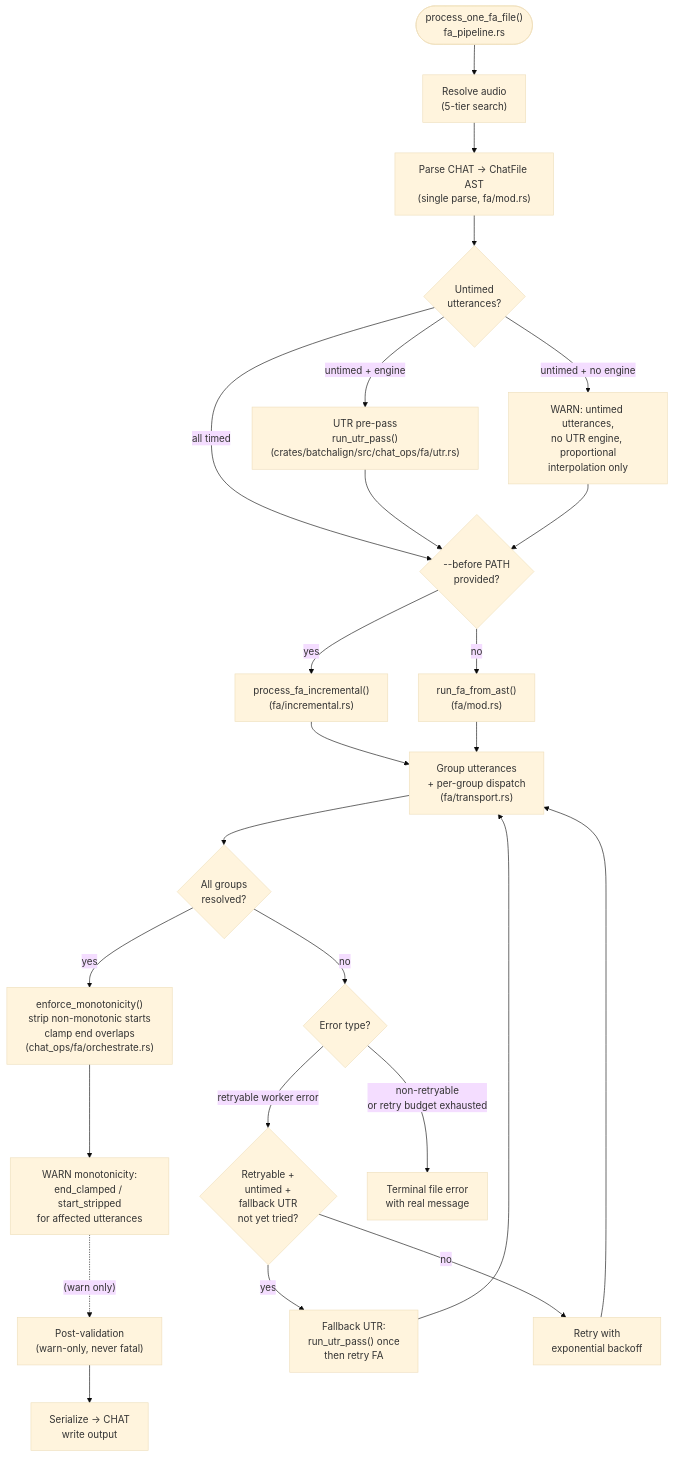
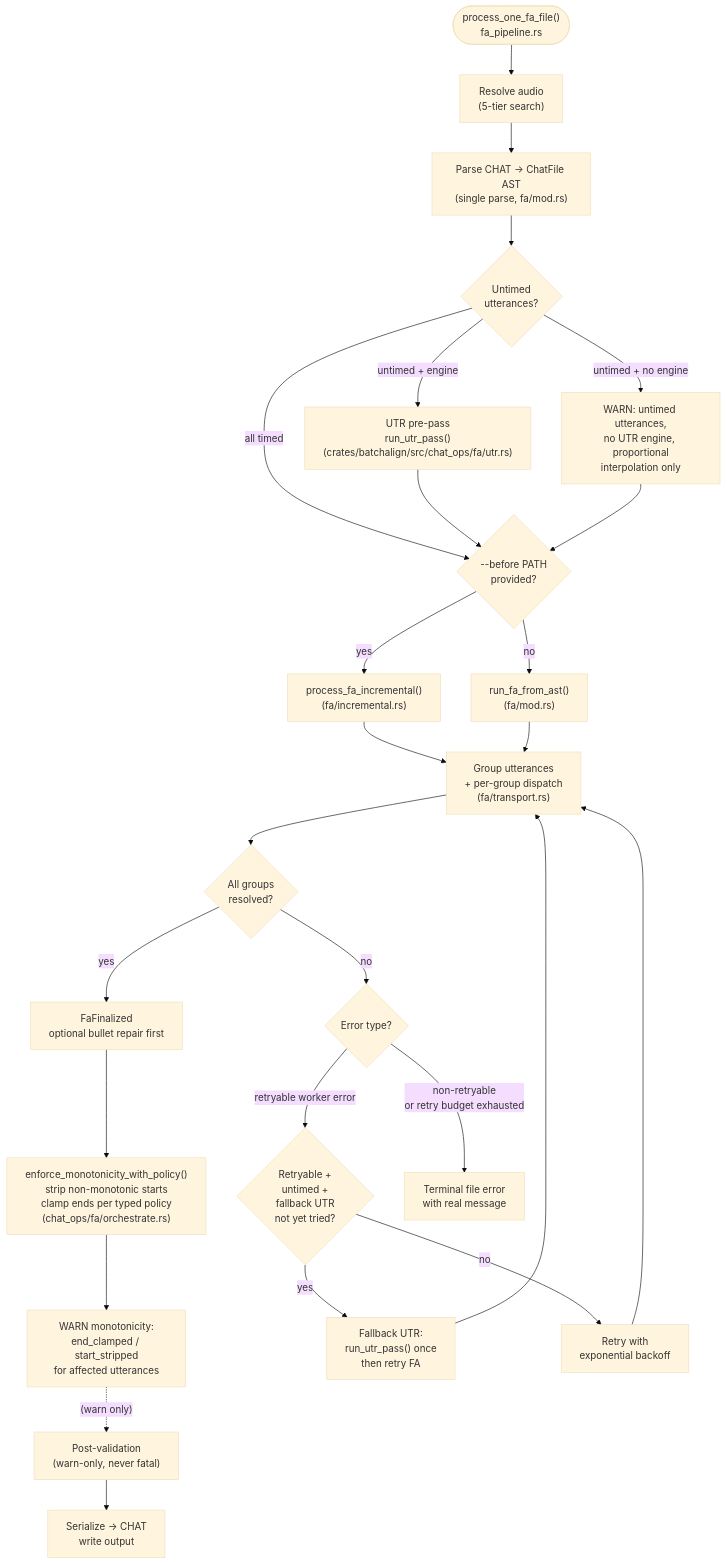
The seventh of 13 diagrams in book/src/batchalign/reference/forced-alignment.md (TalkBank/talkbank-tools), drawn with Mermaid (base theme) before and after one commit. The commit also changed other lines of this file and 84 other files, not shown here.

````diff
--- a/book/src/batchalign/reference/forced-alignment.md
+++ b/book/src/batchalign/reference/forced-alignment.md
@@ -408,38 +417,39 @@
 ```mermaid
 flowchart TD
     start(["process_one_fa_file()\nfa_pipeline.rs"])
     media["Resolve audio\n(5-tier search)"]
     parse["Parse CHAT → ChatFile AST\n(single parse, fa/mod.rs)"]
     utr_check{"Untimed\nutterances?"}
     utr_run["UTR pre-pass\nrun_utr_pass()\n(crates/batchalign/src/chat_ops/fa/utr.rs)"]
     utr_warn["WARN: untimed utterances,\nno UTR engine, proportional\ninterpolation only"]
     incremental{"--before PATH\nprovided?"}
     fa_full["run_fa_from_ast()\n(fa/mod.rs)"]
     fa_inc["process_fa_incremental()\n(fa/incremental.rs)"]
     fa_groups["Group utterances\n+ per-group dispatch\n(fa/transport.rs)"]
     fa_ok{"All groups\nresolved?"}
-    mono["enforce_monotonicity()\nstrip non-monotonic starts\nclamp end overlaps\n(chat_ops/fa/orchestrate.rs)"]
+    finalize["FaFinalized\noptional bullet repair first"]
+    mono["enforce_monotonicity_with_policy()\nstrip non-monotonic starts\nclamp ends per typed policy\n(chat_ops/fa/orchestrate.rs)"]
     mono_warn["WARN monotonicity:\nend_clamped / start_stripped\nfor affected utterances"]
     post_val["Post-validation\n(warn-only, never fatal)"]
     out["Serialize → CHAT\nwrite output"]
     fa_err{"Error type?"}
     utr_fallback{"Retryable +\nuntimed +\nfallback UTR\nnot yet tried?"}
     utr_fb["Fallback UTR:\nrun_utr_pass() once\nthen retry FA"]
     backoff["Retry with\nexponential backoff"]
     terminal["Terminal file error\nwith real message"]
 
     start --> media --> parse --> utr_check
     utr_check -->|"all timed"| incremental
     utr_check -->|"untimed + engine"| utr_run --> incremental
     utr_check -->|"untimed + no engine"| utr_warn --> incremental
     incremental -->|"yes"| fa_inc --> fa_groups
     incremental -->|"no"| fa_full --> fa_groups
     fa_groups --> fa_ok
-    fa_ok -->|"yes"| mono
+    fa_ok -->|"yes"| finalize --> mono
     mono --> mono_warn -.->|"(warn only)"| post_val --> out
     fa_ok -->|"no"| fa_err
     fa_err -->|"retryable worker error"| utr_fallback
     utr_fallback -->|"yes"| utr_fb --> fa_groups
     utr_fallback -->|"no"| backoff --> fa_groups
     fa_err -->|"non-retryable\nor retry budget exhausted"| terminal
 ```
````
